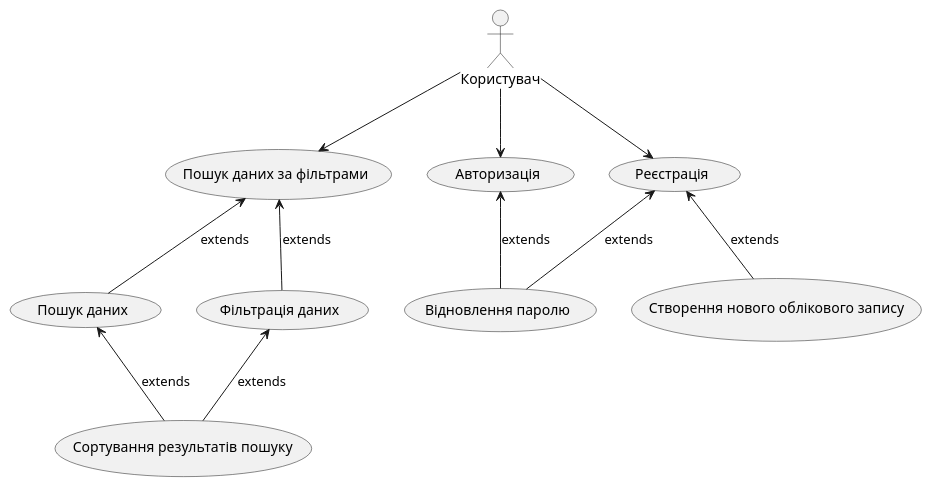
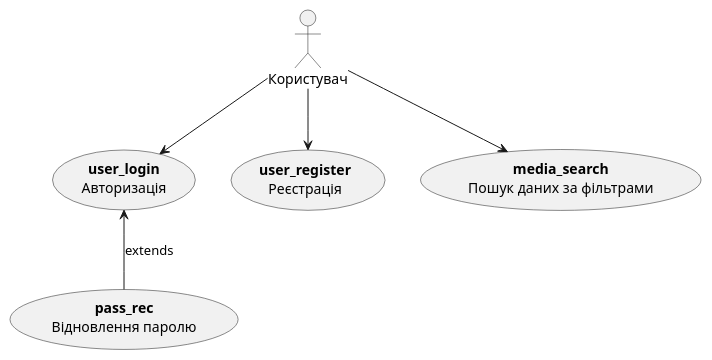
Before and after one commit to vladimirkoff/edu_db_labs_team: the second of 9 diagrams in docs/use cases/README.md, drawn with PlantUML. The commit also changed other lines of this file, not shown here.

Commit message:
fix diagrams

```diff
--- a/docs/use cases/README.md
+++ b/docs/use cases/README.md
@@ -37,28 +35,18 @@
 @startuml
 
 actor "Користувач" as User
 
-usecase "Реєстрація" as Registration
-usecase "Авторизація" as Login
-usecase "Пошук даних за фільтрами" as SearchWithFilters
-usecase "Сортування результатів пошуку" as SortSearchResults
-usecase "Фільтрація даних" as DataFiltering
-usecase "Пошук даних" as DataSearch
+usecase "<b>user_register</b>\nРеєстрація" as Registration
+usecase "<b>user_login</b>\nАвторизація" as Login
+usecase "<b>media_search</b>\nПошук даних за фільтрами" as SearchWithFilters
 
-usecase "Створення нового облікового запису" as CreateAccount
-usecase "Відновлення паролю" as PasswordRecovery
+usecase "<b>pass_rec</b>\nВідновлення паролю" as PasswordRecovery
 
 User --> Registration
-CreateAccount -u-> Registration: extends
-PasswordRecovery -u-> Registration: extends
 
 User --> Login
 PasswordRecovery -u-> Login: extends
 
 User --> SearchWithFilters
-DataFiltering -u-> SearchWithFilters: extends
-DataSearch -u-> SearchWithFilters: extends
-SortSearchResults -u-> DataFiltering: extends
-SortSearchResults -u-> DataSearch: extends
 
 @enduml
```
